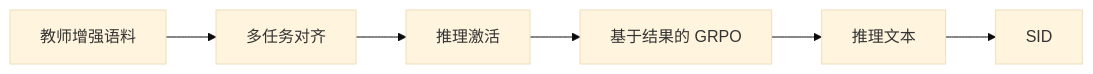
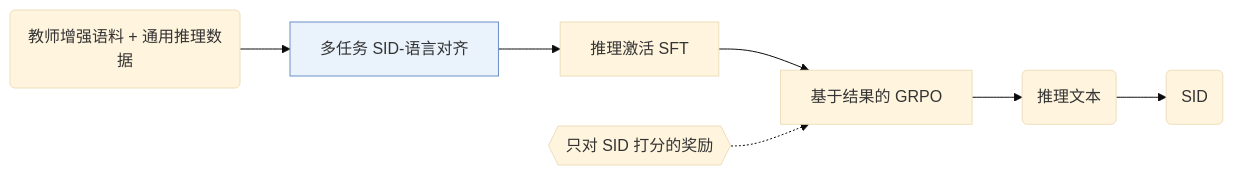
One commit to Galaxy-ghost/Awesome-SID-Generative-Rec changed the diagram in notes/zh/sidreasoner.md. Above: the diagram before and after it, drawn with Mermaid (base theme). The commit also changed 521 other files, not shown here.

Commit message:
writer-04 part 3: algorithm diagrams with shared shape conventions, README hero and paper cards, archive removed

````diff
--- a/notes/zh/sidreasoner.md
+++ b/notes/zh/sidreasoner.md
@@ -13,8 +13,10 @@
 ```mermaid
 flowchart LR
-    A[教师增强语料] --> B[多任务对齐]
-    B --> C[推理激活]
-    C --> D[基于结果的 GRPO]
-    D --> E[推理文本]
-    E --> F[SID]
+    A("教师增强语料 + 通用推理数据") --> B["多任务 SID-语言对齐"]:::key
+    B --> C["推理激活 SFT"]
+    C --> D["基于结果的 GRPO"]
+    L1{{"只对 SID 打分的奖励"}} -.-> D
+    D --> E("推理文本")
+    E --> F("SID")
+    classDef key fill:#eaf2fb,stroke:#6b8fc7
 ```
````
